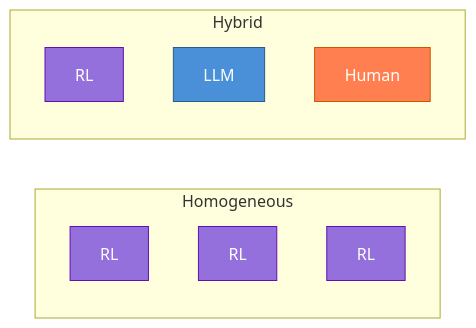
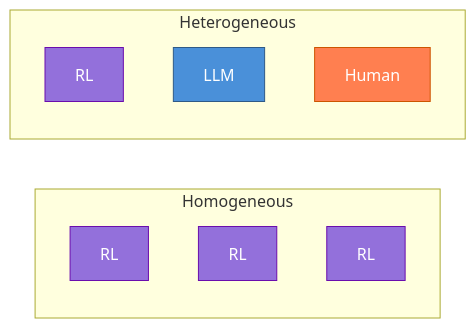
The first of 3 diagrams in docs/source/documents/architecture/operators/concept.rst (Abdulhamid97Mousa/mosaic), drawn with Mermaid before and after one commit. The commit also changed other lines of this file and 32 other files, not shown here.

First line of the commit message:
docs: replace hybrid with heterogeneous, add chess video, improve IPC diagram

```diff
--- a/docs/source/documents/architecture/operators/concept.rst
+++ b/docs/source/documents/architecture/operators/concept.rst
@@ -49,22 +49,22 @@
 .. mermaid::
 
    %%{init: {"flowchart": {"curve": "linear"}} }%%
    graph LR
        subgraph "Homogeneous"
            H1["RL"]
            H2["RL"]
            H3["RL"]
        end
 
-       subgraph "Hybrid"
+       subgraph "Heterogeneous"
            X1["RL"]
            X2["LLM"]
            X3["Human"]
        end
 
        style H1 fill:#9370db,stroke:#6a0dad,color:#fff
        style H2 fill:#9370db,stroke:#6a0dad,color:#fff
        style H3 fill:#9370db,stroke:#6a0dad,color:#fff
        style X1 fill:#9370db,stroke:#6a0dad,color:#fff
        style X2 fill:#4a90d9,stroke:#2e5a87,color:#fff
        style X3 fill:#ff7f50,stroke:#cc5500,color:#fff
```
